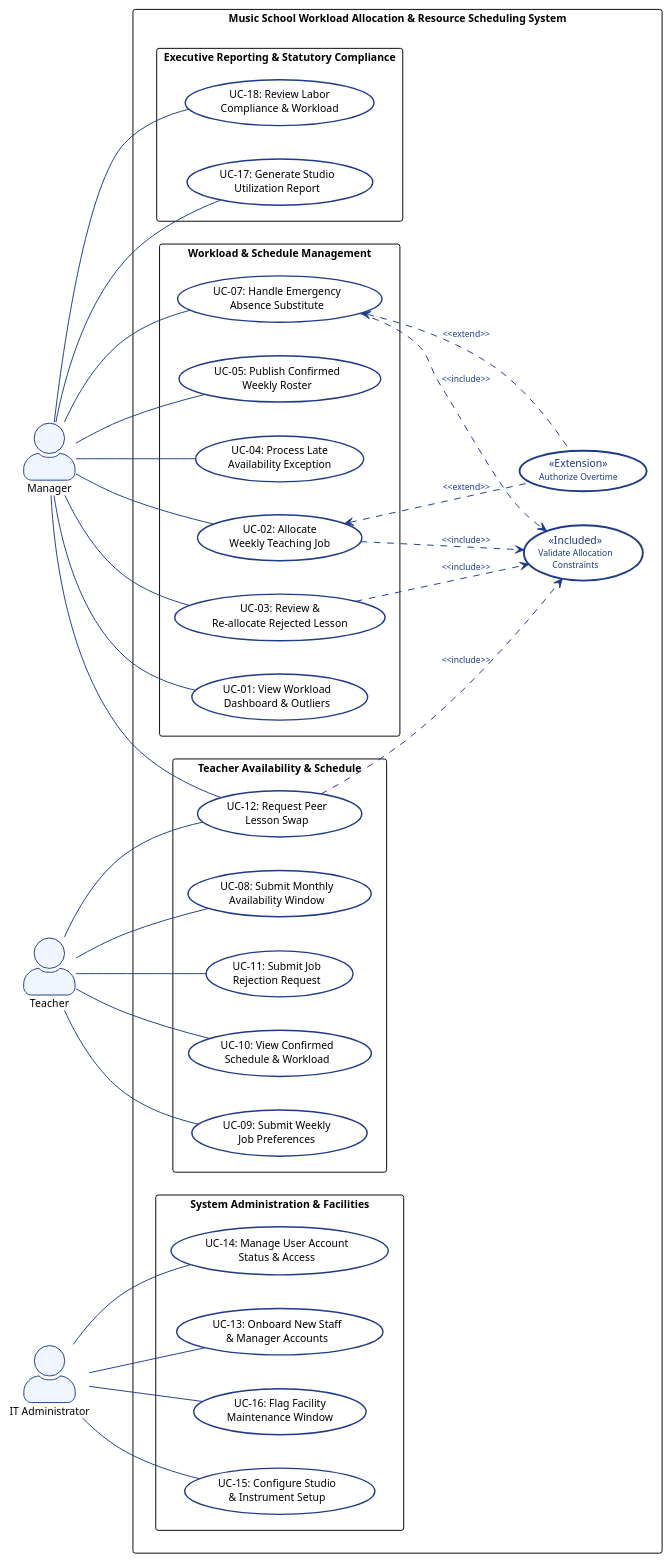
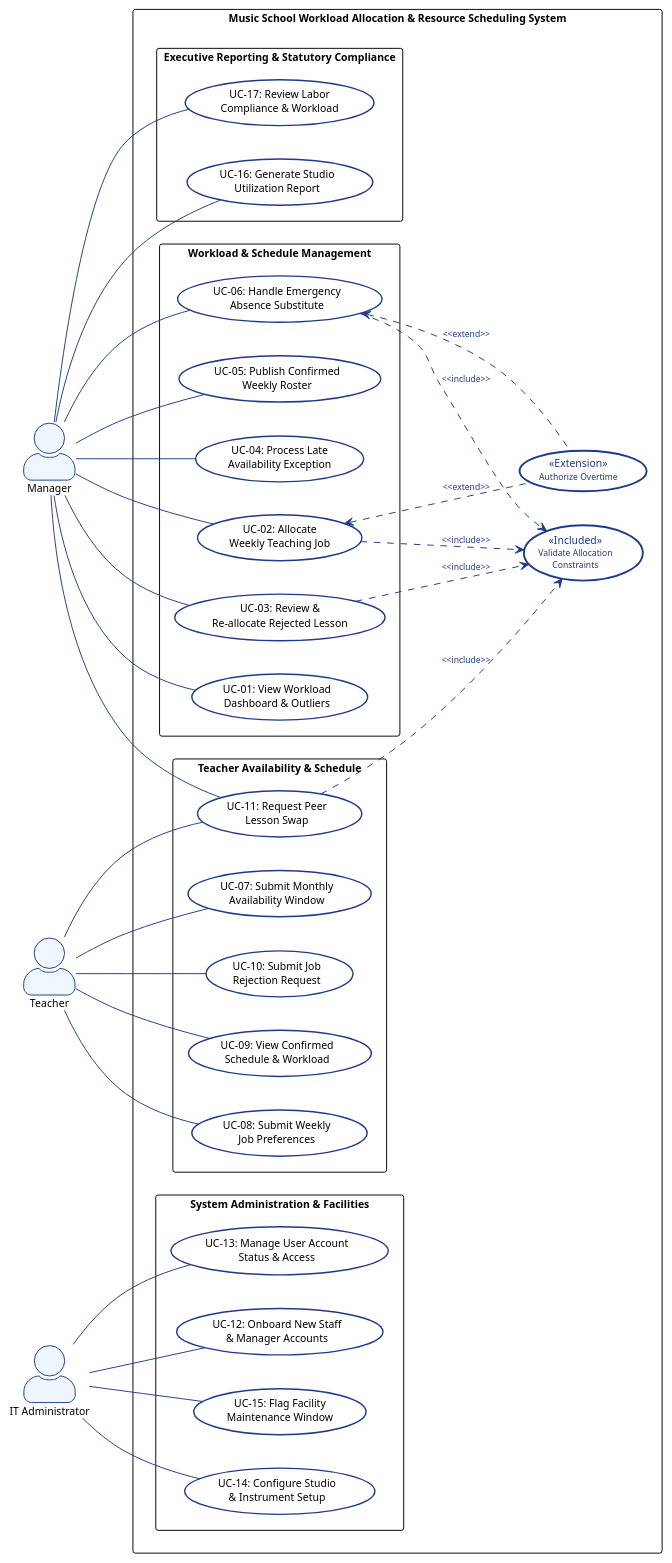
One commit to adoreblvnk/2001temp changed the diagram in report/assets/use_case_summary.puml. Above: the diagram before and after it, drawn with PlantUML. The commit also changed 27 other files, not shown here.

```diff
--- a/report/assets/use_case_summary.puml
+++ b/report/assets/use_case_summary.puml
@@ -1,131 +1,131 @@
 @startuml use_case_summary
 !theme plain
 skinparam packageStyle rectangle
 skinparam shadowing false
 skinparam actorStyle awesome
 skinparam defaultFontName "Helvetica", "Arial", sans-serif
 skinparam defaultFontSize 11
 
 skinparam usecase {
     BackgroundColor #FFFFFF
     BorderColor #1E3A8A
     BorderThickness 1.5
     FontSize 11
     StereotypeFontColor #1E3A8A
     StereotypeFontStyle normal
 }
 
 skinparam usecase<<Included>> {
     FontColor #1E3A8A
     FontSize 9
     BorderThickness 2
 }
 
 skinparam usecase<<Extension>> {
     FontColor #1E3A8A
     FontSize 9
     BorderThickness 2
 }
 
 skinparam actor {
     BackgroundColor #EFF6FF
     BorderColor #1E3A8A
 }
 
 skinparam arrow {
     Color #1E3A8A
     FontColor #1E3A8A
     FontSize 9
 }
 
 left to right direction
 
 actor "Manager" as Manager
 actor "Teacher" as Teacher
 actor "IT Administrator" as ITAdmin
 
 rectangle "Music School Workload Allocation & Resource Scheduling System" as SystemBoundary {
 
     package "Executive Reporting & Statutory Compliance" {
-        usecase "UC-18: Review Labor\nCompliance & Workload" as UC18
-        usecase "UC-17: Generate Studio\nUtilization Report" as UC17
+        usecase "UC-17: Review Labor\nCompliance & Workload" as UC17
+        usecase "UC-16: Generate Studio\nUtilization Report" as UC16
     }
 
     package "Workload & Schedule Management" {
-        usecase "UC-07: Handle Emergency\nAbsence Substitute" as UC07
+        usecase "UC-06: Handle Emergency\nAbsence Substitute" as UC06
         usecase "UC-05: Publish Confirmed\nWeekly Roster" as UC05
         usecase "UC-04: Process Late\nAvailability Exception" as UC04
         usecase "UC-02: Allocate\nWeekly Teaching Job" as UC02
         usecase "UC-03: Review &\nRe-allocate Rejected Lesson" as UC03
         usecase "UC-01: View Workload\nDashboard & Outliers" as UC01
     }
 
     package "Teacher Availability & Schedule" {
-        usecase "UC-12: Request Peer\nLesson Swap" as UC12
-        usecase "UC-11: Submit Job\nRejection Request" as UC11
-        usecase "UC-10: View Confirmed\nSchedule & Workload" as UC10
-        usecase "UC-09: Submit Weekly\nJob Preferences" as UC09
-        usecase "UC-08: Submit Monthly\nAvailability Window" as UC08
+        usecase "UC-11: Request Peer\nLesson Swap" as UC11
+        usecase "UC-10: Submit Job\nRejection Request" as UC10
+        usecase "UC-09: View Confirmed\nSchedule & Workload" as UC09
+        usecase "UC-08: Submit Weekly\nJob Preferences" as UC08
+        usecase "UC-07: Submit Monthly\nAvailability Window" as UC07
     }
 
     package "System Administration & Facilities" {
-        usecase "UC-16: Flag Facility\nMaintenance Window" as UC16
-        usecase "UC-15: Configure Studio\n& Instrument Setup" as UC15
-        usecase "UC-14: Manage User Account\nStatus & Access" as UC14
-        usecase "UC-13: Onboard New Staff\n& Manager Accounts" as UC13
+        usecase "UC-15: Flag Facility\nMaintenance Window" as UC15
+        usecase "UC-14: Configure Studio\n& Instrument Setup" as UC14
+        usecase "UC-13: Manage User Account\nStatus & Access" as UC13
+        usecase "UC-12: Onboard New Staff\n& Manager Accounts" as UC12
     }
 
     usecase "Validate Allocation\nConstraints" as ValidateAlloc <<Included>>
     usecase "Authorize Overtime" as AuthOT <<Extension>>
 }
 
 ' Manager associations
-Manager -- UC18
 Manager -- UC17
-Manager -- UC07
+Manager -- UC16
+Manager -- UC06
 Manager -- UC05
 Manager -- UC04
 Manager -- UC02
 Manager -- UC03
 Manager -- UC01
-Manager -- UC12
+Manager -- UC11
 
 ' Teacher associations
-Teacher -- UC12
 Teacher -- UC11
 Teacher -- UC10
 Teacher -- UC09
 Teacher -- UC08
+Teacher -- UC07
 
 ' IT Administrator associations
-ITAdmin -- UC16
 ITAdmin -- UC15
 ITAdmin -- UC14
 ITAdmin -- UC13
+ITAdmin -- UC12
 
 ' Include and Extend relationships
-UC07 ..> ValidateAlloc : <U+003C><U+003C>include<U+003E><U+003E>
+UC06 ..> ValidateAlloc : <U+003C><U+003C>include<U+003E><U+003E>
 UC03 ..> ValidateAlloc : <U+003C><U+003C>include<U+003E><U+003E>
 UC02 ..> ValidateAlloc : <U+003C><U+003C>include<U+003E><U+003E>
-UC12 ..> ValidateAlloc : <U+003C><U+003C>include<U+003E><U+003E>
+UC11 ..> ValidateAlloc : <U+003C><U+003C>include<U+003E><U+003E>
 
-UC07 <.. AuthOT : <U+003C><U+003C>extend<U+003E><U+003E>
+UC06 <.. AuthOT : <U+003C><U+003C>extend<U+003E><U+003E>
 UC02 <.. AuthOT : <U+003C><U+003C>extend<U+003E><U+003E>
 
 ' Vertical ordering hints (in left-to-right mode, "right" stacks top-to-bottom)
-UC18 -[hidden]right-> UC17
-UC07 -[hidden]right-> UC05
+UC17 -[hidden]right-> UC16
+UC06 -[hidden]right-> UC05
 UC05 -[hidden]right-> UC04
 UC04 -[hidden]right-> UC03
 UC03 -[hidden]right-> UC02
 UC02 -[hidden]right-> UC01
-UC12 -[hidden]right-> UC11
 UC11 -[hidden]right-> UC10
 UC10 -[hidden]right-> UC09
 UC09 -[hidden]right-> UC08
-UC16 -[hidden]right-> UC15
+UC08 -[hidden]right-> UC07
 UC15 -[hidden]right-> UC14
 UC14 -[hidden]right-> UC13
+UC13 -[hidden]right-> UC12
 ValidateAlloc -[hidden]right-> AuthOT
 
 @enduml
```
